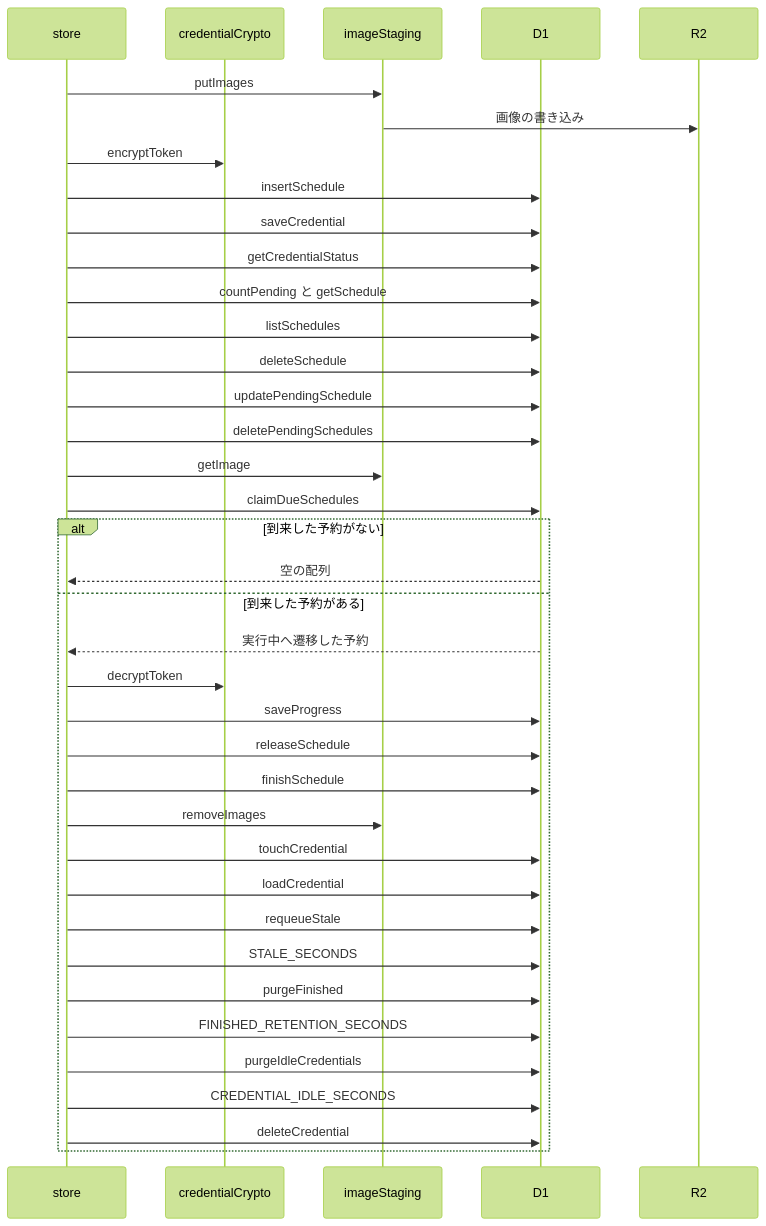
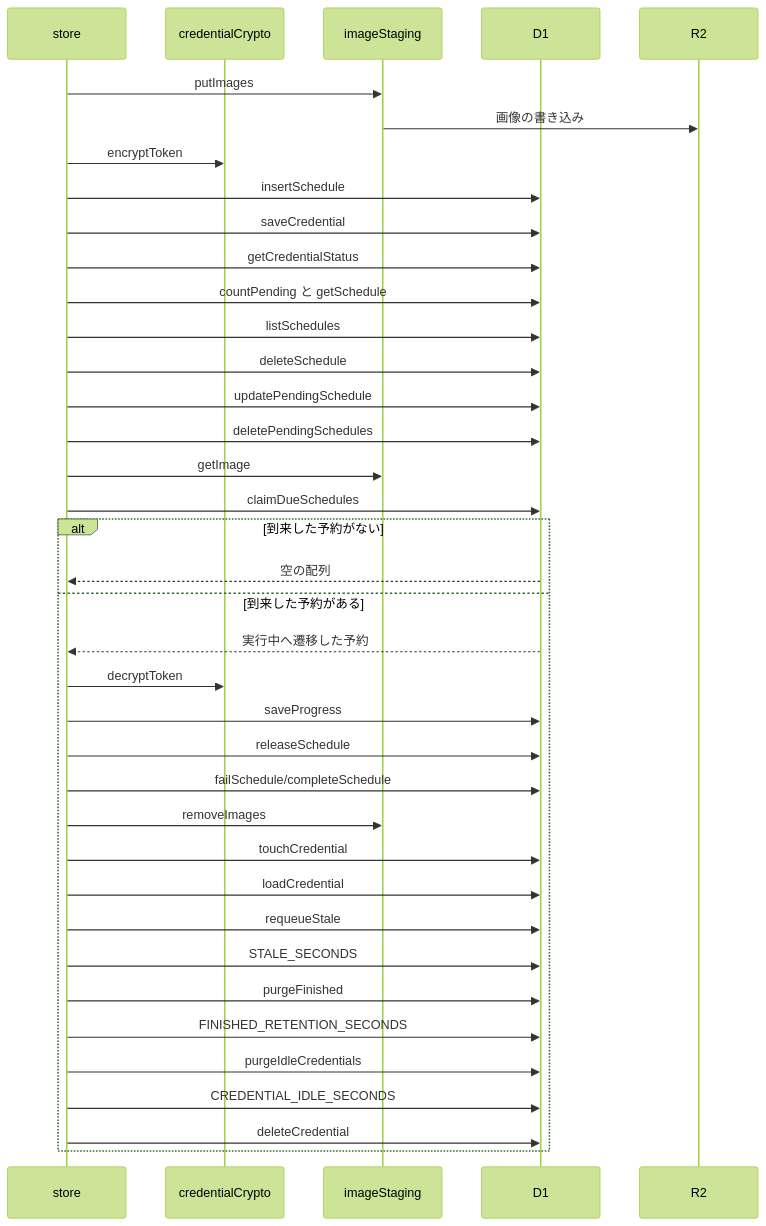
Before and after one commit to nekono-dev/skyshare: the second of 2 diagrams in specs/schedule-store/design.md, drawn with Mermaid (forest theme). The commit also changed other lines of this file and 47 other files, not shown here.

````diff
--- a/specs/schedule-store/design.md
+++ b/specs/schedule-store/design.md
@@ -32,40 +32,40 @@
 ```mermaid
 sequenceDiagram
   participant store
   participant credentialCrypto
   participant imageStaging
   participant ext_d1 as D1
   participant ext_r2 as R2
   store->>imageStaging: putImages
   imageStaging->>ext_r2: 画像の書き込み
   store->>credentialCrypto: encryptToken
   store->>ext_d1: insertSchedule
   store->>ext_d1: saveCredential
   store->>ext_d1: getCredentialStatus
   store->>ext_d1: countPending と getSchedule
   store->>ext_d1: listSchedules
   store->>ext_d1: deleteSchedule
   store->>ext_d1: updatePendingSchedule
   store->>ext_d1: deletePendingSchedules
   store->>imageStaging: getImage
   store->>ext_d1: claimDueSchedules
   alt 到来した予約がない
     ext_d1-->>store: 空の配列
   else 到来した予約がある
     ext_d1-->>store: 実行中へ遷移した予約
     store->>credentialCrypto: decryptToken
     store->>ext_d1: saveProgress
     store->>ext_d1: releaseSchedule
-    store->>ext_d1: finishSchedule
+    store->>ext_d1: failSchedule/completeSchedule
     store->>imageStaging: removeImages
     store->>ext_d1: touchCredential
     store->>ext_d1: loadCredential
     store->>ext_d1: requeueStale
     store->>ext_d1: STALE_SECONDS
     store->>ext_d1: purgeFinished
     store->>ext_d1: FINISHED_RETENTION_SECONDS
     store->>ext_d1: purgeIdleCredentials
     store->>ext_d1: CREDENTIAL_IDLE_SECONDS
     store->>ext_d1: deleteCredential
   end
 ```
````
